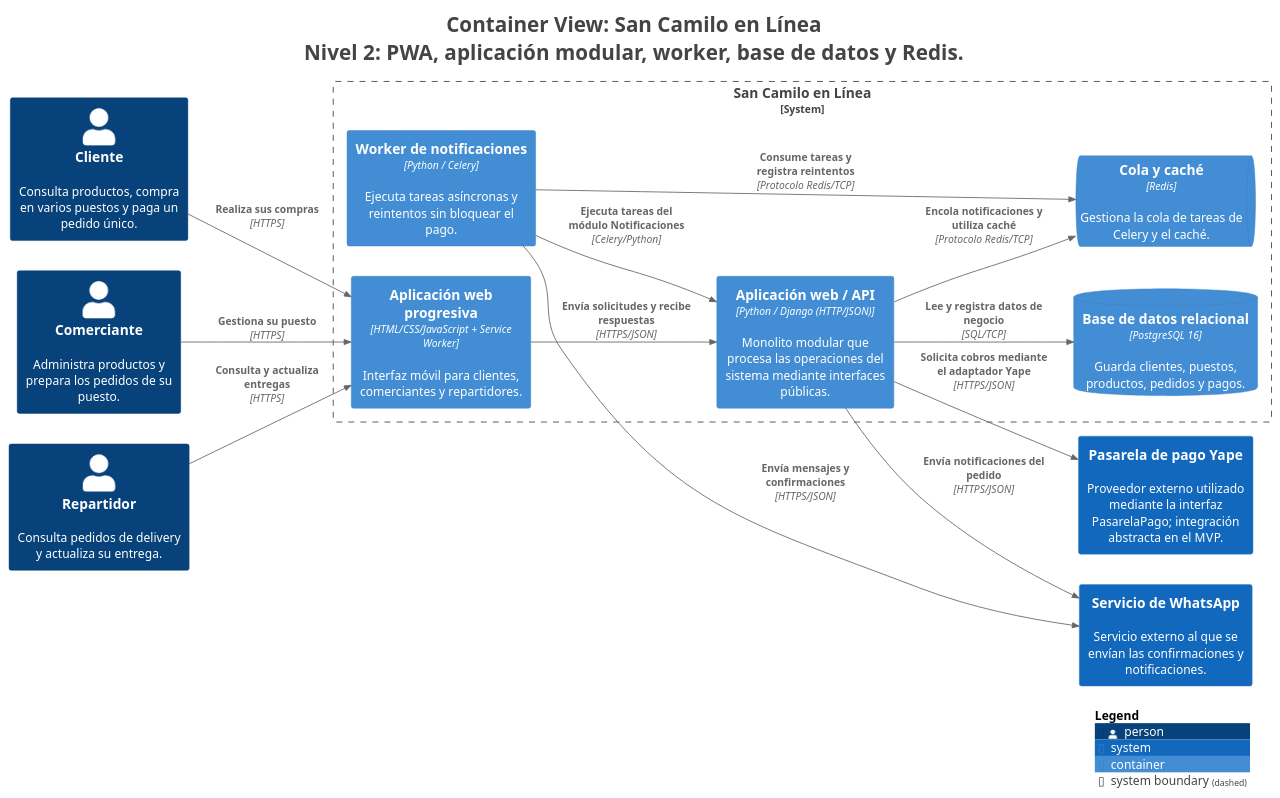
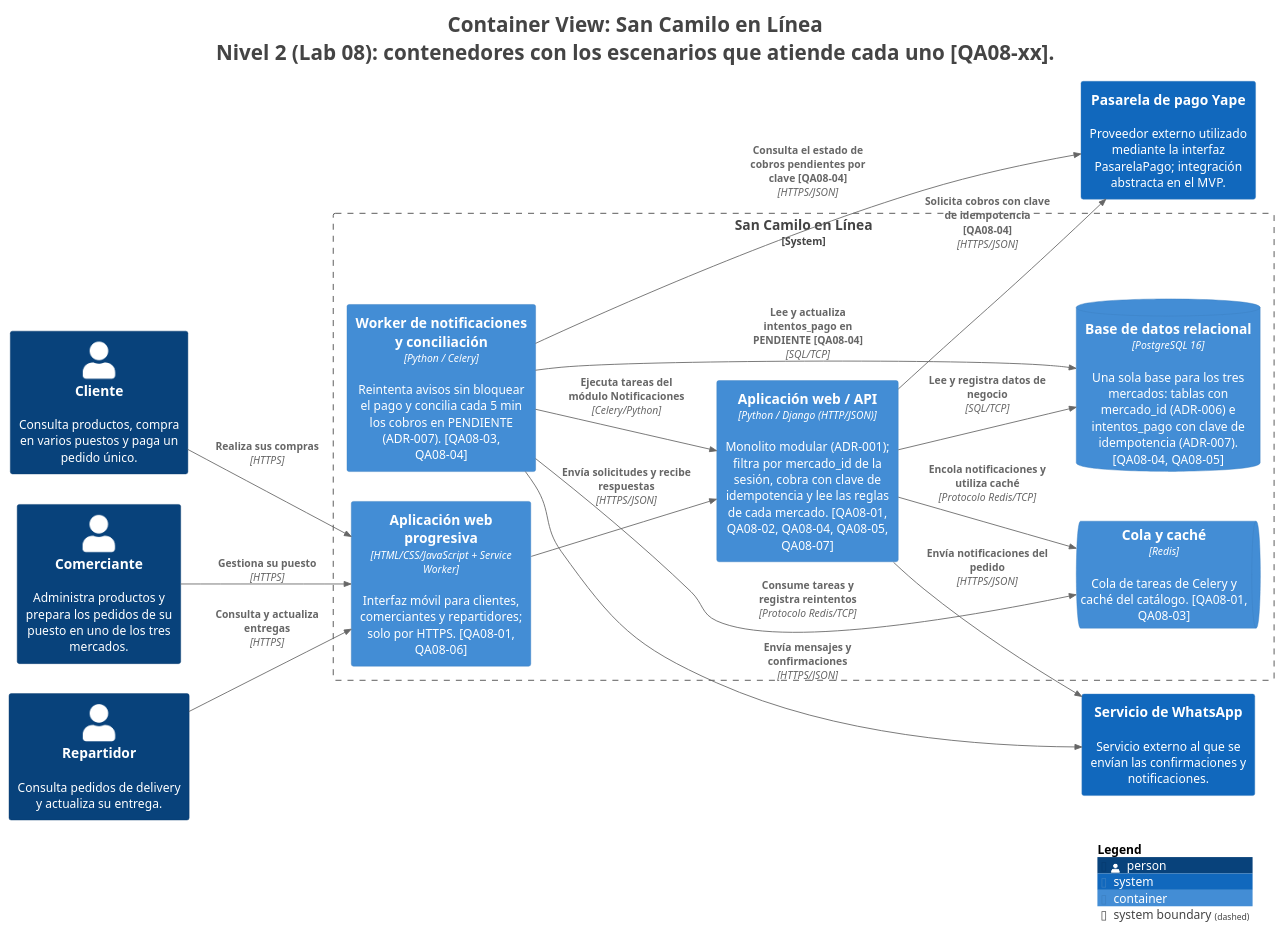
One commit to paredes1234/cs-2026b-lab04-grupo07 changed the diagram in docs/architecture/c4/export/Contenedores.puml. Above: the diagram before and after it, drawn with PlantUML. The commit also changed 15 other files, not shown here.

Commit message:
E6: C4 actualizado con trazabilidad a escenarios

```diff
--- a/docs/architecture/c4/export/Contenedores.puml
+++ b/docs/architecture/c4/export/Contenedores.puml
@@ -1,46 +1,48 @@
 @startuml
-title <size:24>Container View: San Camilo en Línea</size>\n<size:24>Nivel 2: PWA, aplicación modular, worker, base de datos y Redis.</size>
+title <size:24>Container View: San Camilo en Línea</size>\n<size:24>Nivel 2 (Lab 08): contenedores con los escenarios que atiende cada uno [QA08-xx].</size>
 
 set separator none
 left to right direction
 
 <style>
   root {
     BackgroundColor: #ffffff
     FontColor: #444444
   }
 </style>
 
 !include <C4/C4>
 !include <C4/C4_Context>
 !include <C4/C4_Container>
 
 Person(Cliente, "Cliente", $descr="Consulta productos, compra en varios puestos y paga un pedido único.", $tags="", $link="")
-Person(Comerciante, "Comerciante", $descr="Administra productos y prepara los pedidos de su puesto.", $tags="", $link="")
+Person(Comerciante, "Comerciante", $descr="Administra productos y prepara los pedidos de su puesto en uno de los tres mercados.", $tags="", $link="")
 Person(Repartidor, "Repartidor", $descr="Consulta pedidos de delivery y actualiza su entrega.", $tags="", $link="")
 System(PasareladepagoYape, "Pasarela de pago Yape", $descr="Proveedor externo utilizado mediante la interfaz PasarelaPago; integración abstracta en el MVP.", $tags="", $link="")
 System(ServiciodeWhatsApp, "Servicio de WhatsApp", $descr="Servicio externo al que se envían las confirmaciones y notificaciones.", $tags="", $link="")
 
 System_Boundary("SanCamiloenLínea_boundary", "San Camilo en Línea", $tags="") {
-  Container(SanCamiloenLínea.Workerdenotificaciones, "Worker de notificaciones", $techn="Python / Celery", $descr="Ejecuta tareas asíncronas y reintentos sin bloquear el pago.", $tags="", $link="")
-  ContainerDb(SanCamiloenLínea.Basededatosrelacional, "Base de datos relacional", $techn="PostgreSQL 16", $descr="Guarda clientes, puestos, productos, pedidos y pagos.", $tags="", $link="")
-  ContainerQueue(SanCamiloenLínea.Colaycaché, "Cola y caché", $techn="Redis", $descr="Gestiona la cola de tareas de Celery y el caché.", $tags="", $link="")
-  Container(SanCamiloenLínea.Aplicaciónwebprogresiva, "Aplicación web progresiva", $techn="HTML/CSS/JavaScript + Service Worker", $descr="Interfaz móvil para clientes, comerciantes y repartidores.", $tags="", $link="")
-  Container(SanCamiloenLínea.AplicaciónwebAPI, "Aplicación web / API", $techn="Python / Django (HTTP/JSON)", $descr="Monolito modular que procesa las operaciones del sistema mediante interfaces públicas.", $tags="", $link="")
+  Container(SanCamiloenLínea.Workerdenotificacionesyconciliación, "Worker de notificaciones y conciliación", $techn="Python / Celery", $descr="Reintenta avisos sin bloquear el pago y concilia cada 5 min los cobros en PENDIENTE (ADR-007). [QA08-03, QA08-04]", $tags="", $link="")
+  ContainerDb(SanCamiloenLínea.Basededatosrelacional, "Base de datos relacional", $techn="PostgreSQL 16", $descr="Una sola base para los tres mercados: tablas con mercado_id (ADR-006) e intentos_pago con clave de idempotencia (ADR-007). [QA08-04, QA08-05]", $tags="", $link="")
+  ContainerQueue(SanCamiloenLínea.Colaycaché, "Cola y caché", $techn="Redis", $descr="Cola de tareas de Celery y caché del catálogo. [QA08-01, QA08-03]", $tags="", $link="")
+  Container(SanCamiloenLínea.Aplicaciónwebprogresiva, "Aplicación web progresiva", $techn="HTML/CSS/JavaScript + Service Worker", $descr="Interfaz móvil para clientes, comerciantes y repartidores; solo por HTTPS. [QA08-01, QA08-06]", $tags="", $link="")
+  Container(SanCamiloenLínea.AplicaciónwebAPI, "Aplicación web / API", $techn="Python / Django (HTTP/JSON)", $descr="Monolito modular (ADR-001); filtra por mercado_id de la sesión, cobra con clave de idempotencia y lee las reglas de cada mercado. [QA08-01, QA08-02, QA08-04, QA08-05, QA08-07]", $tags="", $link="")
 }
 
 Rel(Cliente, SanCamiloenLínea.Aplicaciónwebprogresiva, "Realiza sus compras", $techn="HTTPS", $tags="", $link="")
 Rel(Comerciante, SanCamiloenLínea.Aplicaciónwebprogresiva, "Gestiona su puesto", $techn="HTTPS", $tags="", $link="")
 Rel(Repartidor, SanCamiloenLínea.Aplicaciónwebprogresiva, "Consulta y actualiza entregas", $techn="HTTPS", $tags="", $link="")
 Rel(SanCamiloenLínea.Aplicaciónwebprogresiva, SanCamiloenLínea.AplicaciónwebAPI, "Envía solicitudes y recibe respuestas", $techn="HTTPS/JSON", $tags="", $link="")
 Rel(SanCamiloenLínea.AplicaciónwebAPI, SanCamiloenLínea.Basededatosrelacional, "Lee y registra datos de negocio", $techn="SQL/TCP", $tags="", $link="")
 Rel(SanCamiloenLínea.AplicaciónwebAPI, SanCamiloenLínea.Colaycaché, "Encola notificaciones y utiliza caché", $techn="Protocolo Redis/TCP", $tags="", $link="")
-Rel(SanCamiloenLínea.Workerdenotificaciones, SanCamiloenLínea.Colaycaché, "Consume tareas y registra reintentos", $techn="Protocolo Redis/TCP", $tags="", $link="")
-Rel(SanCamiloenLínea.Workerdenotificaciones, ServiciodeWhatsApp, "Envía mensajes y confirmaciones", $techn="HTTPS/JSON", $tags="", $link="")
-Rel(SanCamiloenLínea.AplicaciónwebAPI, PasareladepagoYape, "Solicita cobros mediante el adaptador Yape", $techn="HTTPS/JSON", $tags="", $link="")
-Rel(SanCamiloenLínea.Workerdenotificaciones, SanCamiloenLínea.AplicaciónwebAPI, "Ejecuta tareas del módulo Notificaciones", $techn="Celery/Python", $tags="", $link="")
+Rel(SanCamiloenLínea.Workerdenotificacionesyconciliación, SanCamiloenLínea.Colaycaché, "Consume tareas y registra reintentos", $techn="Protocolo Redis/TCP", $tags="", $link="")
+Rel(SanCamiloenLínea.Workerdenotificacionesyconciliación, ServiciodeWhatsApp, "Envía mensajes y confirmaciones", $techn="HTTPS/JSON", $tags="", $link="")
+Rel(SanCamiloenLínea.AplicaciónwebAPI, PasareladepagoYape, "Solicita cobros con clave de idempotencia [QA08-04]", $techn="HTTPS/JSON", $tags="", $link="")
+Rel(SanCamiloenLínea.Workerdenotificacionesyconciliación, SanCamiloenLínea.Basededatosrelacional, "Lee y actualiza intentos_pago en PENDIENTE [QA08-04]", $techn="SQL/TCP", $tags="", $link="")
+Rel(SanCamiloenLínea.Workerdenotificacionesyconciliación, PasareladepagoYape, "Consulta el estado de cobros pendientes por clave [QA08-04]", $techn="HTTPS/JSON", $tags="", $link="")
+Rel(SanCamiloenLínea.Workerdenotificacionesyconciliación, SanCamiloenLínea.AplicaciónwebAPI, "Ejecuta tareas del módulo Notificaciones", $techn="Celery/Python", $tags="", $link="")
 Rel(SanCamiloenLínea.AplicaciónwebAPI, ServiciodeWhatsApp, "Envía notificaciones del pedido", $techn="HTTPS/JSON", $tags="", $link="")
 
 SHOW_LEGEND(true)
 hide stereotypes
 @enduml
```
